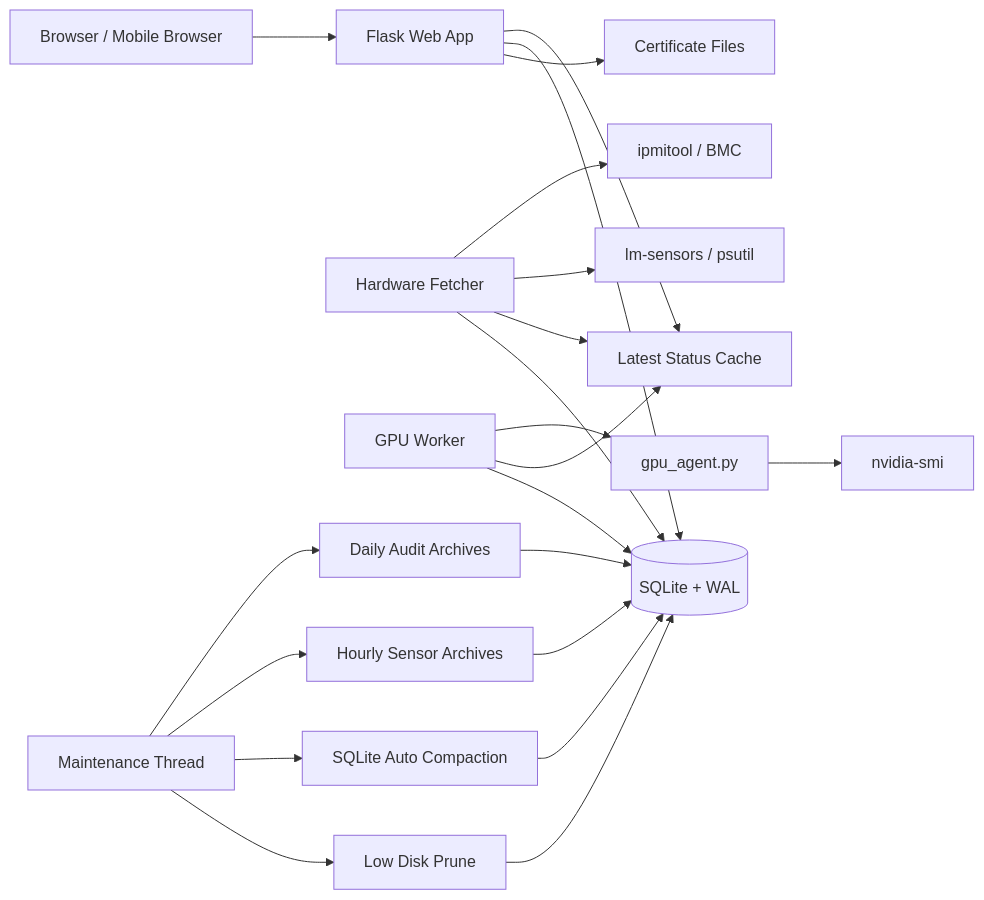
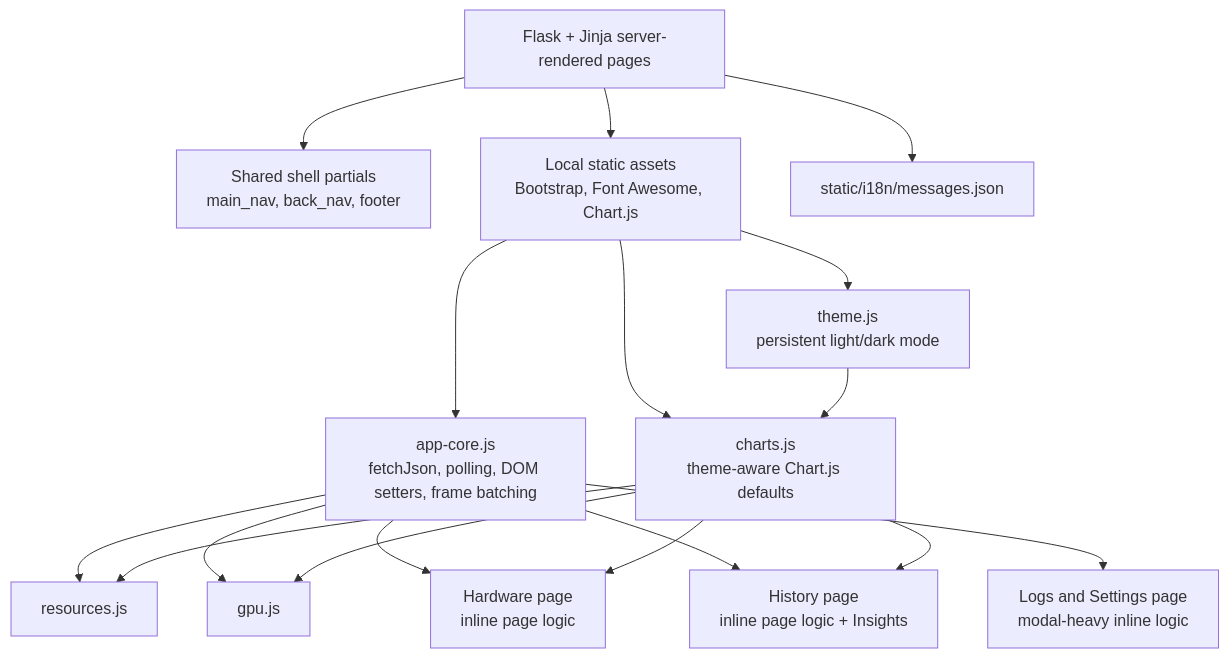
One commit to stlin256/IPMI_WEB changed the second of 5 diagrams in README.md. Above: the diagram before and after it, drawn with Mermaid. The commit also changed other lines of this file and 1 other file, not shown here.

````diff
--- a/README.md
+++ b/README.md
@@ -289,26 +98,22 @@
 ```mermaid
-flowchart LR
-    Browser["Browser / Mobile Browser"] --> Flask["Flask Web App"]
-    Flask --> Cache["Latest Status Cache"]
-    Flask --> DB[("SQLite + WAL")]
-    Flask --> Cert["Certificate Files"]
+flowchart TD
+    ServerPages["Flask + Jinja server-rendered pages"] --> SharedShell["Shared shell partials<br/>main_nav, back_nav, footer"]
+    ServerPages --> LocalAssets["Local static assets<br/>Bootstrap, Font Awesome, Chart.js"]
+    ServerPages --> I18nCatalog["static/i18n/messages.json"]
 
-    HW["Hardware Fetcher"] --> IPMI["ipmitool / BMC"]
-    HW --> Sensors["lm-sensors / psutil"]
-    HW --> Cache
-    HW --> DB
+    LocalAssets --> Theme["theme.js<br/>persistent light/dark mode"]
+    LocalAssets --> Core["app-core.js<br/>fetchJson, polling, DOM setters, frame batching"]
+    LocalAssets --> ChartDefaults["charts.js<br/>theme-aware Chart.js defaults"]
 
-    GPUWorker["GPU Worker"] --> GPUAgent["gpu_agent.py"]
-    GPUAgent --> SMI["nvidia-smi"]
-    GPUWorker --> Cache
-    GPUWorker --> DB
+    Core --> HardwarePage["Hardware page<br/>inline page logic"]
+    Core --> HistoryPage["History page<br/>inline page logic + Insights"]
+    Core --> LogsPage["Logs and Settings page<br/>modal-heavy inline logic"]
+    Core --> ResourcesPage["resources.js"]
+    Core --> GPUPage["gpu.js"]
 
-    Maintenance["Maintenance Thread"] --> Archive["Daily Audit Archives"]
-    Maintenance --> SensorArchive["Hourly Sensor Archives"]
-    Maintenance --> Vacuum["SQLite Auto Compaction"]
-    Maintenance --> Prune["Low Disk Prune"]
-    Archive --> DB
-    SensorArchive --> DB
-    Vacuum --> DB
-    Prune --> DB
+    Theme --> ChartDefaults
+    ChartDefaults --> ResourcesPage
+    ChartDefaults --> GPUPage
+    ChartDefaults --> HardwarePage
+    ChartDefaults --> HistoryPage
 ```
````
